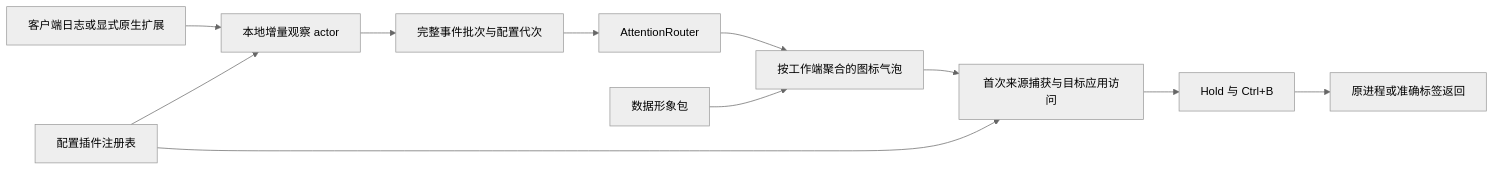
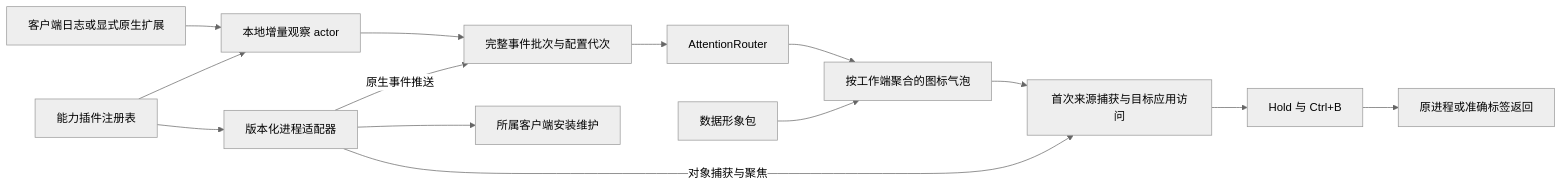
Before and after one commit to CheeseFox259/Char: the diagram in docs/architecture.md, drawn with Mermaid (neutral theme). The commit also changed other lines of this file and 56 other files, not shown here.

```diff
--- a/docs/architecture.md
+++ b/docs/architecture.md
@@ -16,13 +17,16 @@
 ~~~mermaid
 flowchart LR
   A[客户端日志或显式原生扩展] --> B[本地增量观察 actor]
   B --> C[完整事件批次与配置代次]
   C --> D[AttentionRouter]
   D --> E[按工作端聚合的图标气泡]
   E --> F[首次来源捕获与目标应用访问]
   F --> G[Hold 与 Ctrl+B]
   G --> H[原进程或准确标签返回]
-  I[配置插件注册表] --> B
-  I --> F
+  I[能力插件注册表] --> K[版本化进程适配器]
+  K -->|原生事件推送| C
+  K -->|对象捕获与聚焦| F
+  I --> B
+  K --> L[所属客户端安装维护]
   J[数据形象包] --> E
 ~~~
```
